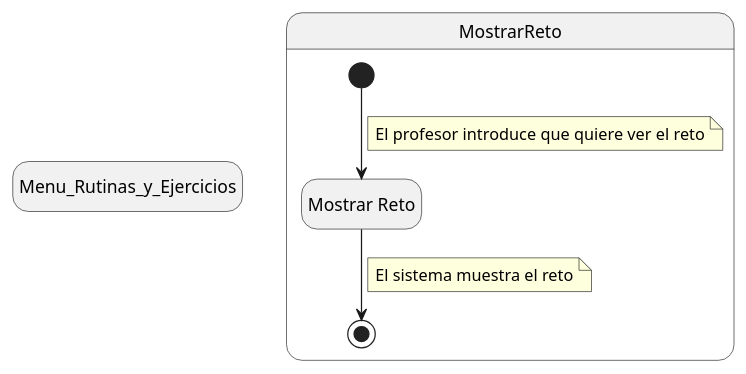
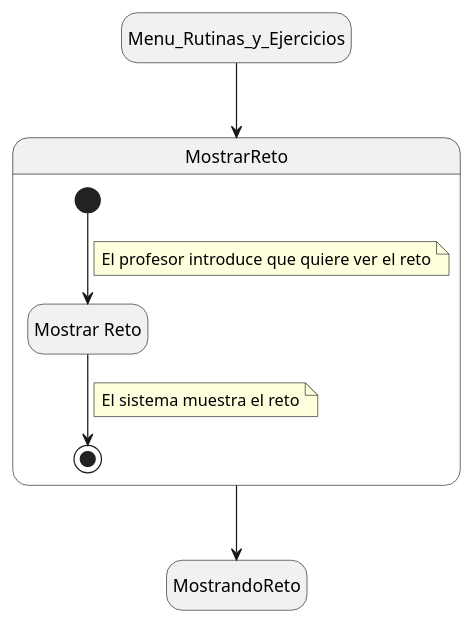
The diagram in Documentos/DetallarCasosDeUso/Profesor/MostrarReto.puml (mmasias/24-25-IdSw1-SDR), drawn with PlantUML before and after one commit.

```diff
--- a/Documentos/DetallarCasosDeUso/Profesor/MostrarReto.puml
+++ b/Documentos/DetallarCasosDeUso/Profesor/MostrarReto.puml
@@ -1,18 +1,20 @@
-@startuml MostrarReto
+@startuml
 
 hide empty description
 
 state Menu_Rutinas_y_Ejercicios
 
 state MostrarReto{
     state VerReto as "Mostrar Reto"
-    [*] --> VerReto 
+    [*] --> VerReto
     note on link
         El profesor introduce que quiere ver el reto
     end note
     VerReto --> [*]
     note on link
         El sistema muestra el reto
     end note
 }
+Menu_Rutinas_y_Ejercicios --> MostrarReto
+MostrarReto --> MostrandoReto
 @enduml
```
